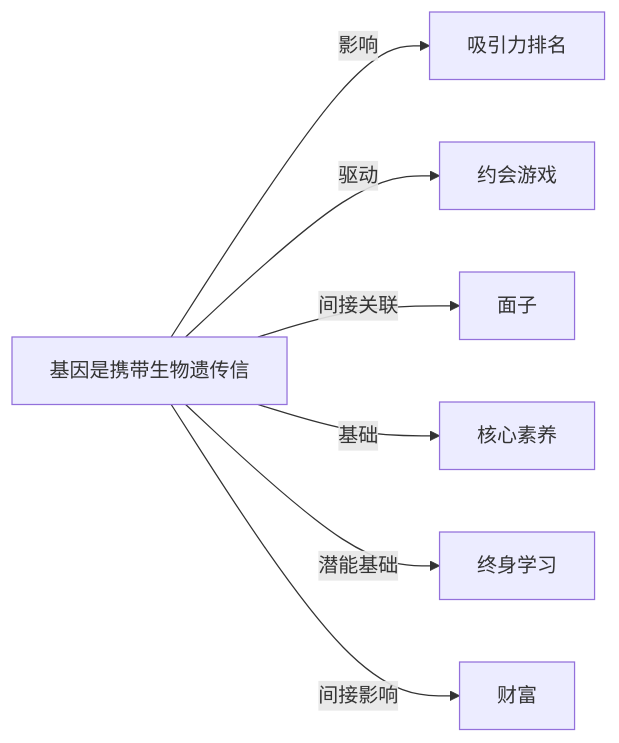
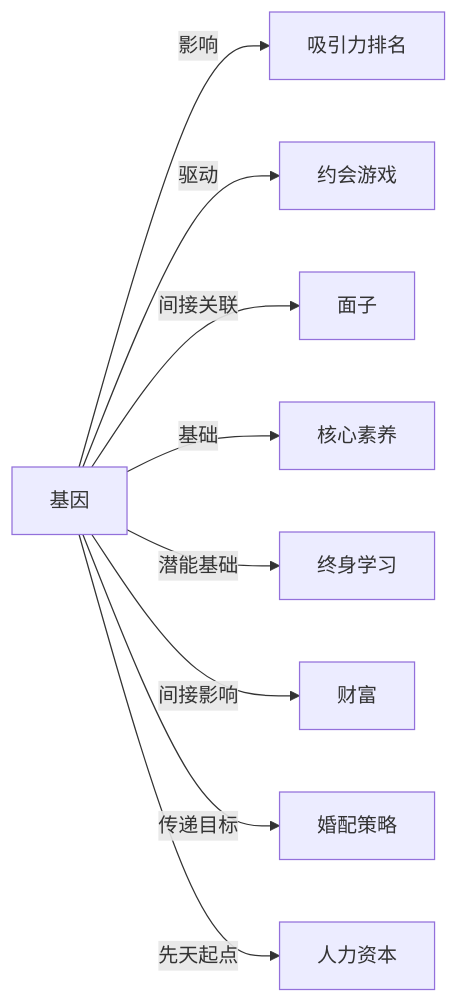
One commit to KIMMCHOW/MyKnowledge changed the diagram in Knowledge/Concepts/生物学/基因.md. Above: the diagram before and after it, drawn with Mermaid. The commit also changed 96 other files, not shown here.

Commit message:
fix: 修复概念页关系图节点并补齐缺失关联

````diff
--- a/Knowledge/Concepts/生物学/基因.md
+++ b/Knowledge/Concepts/生物学/基因.md
@@ -48,9 +48,11 @@
 ```mermaid
 graph LR
-    基因是携带生物遗传信 -->|影响| 吸引力排名
-    基因是携带生物遗传信 -->|驱动| 约会游戏
-    基因是携带生物遗传信 -->|间接关联| 面子
-    基因是携带生物遗传信 -->|基础| 核心素养
-    基因是携带生物遗传信 -->|潜能基础| 终身学习
-    基因是携带生物遗传信 -->|间接影响| 财富
+基因 -->|影响| 吸引力排名
+基因 -->|驱动| 约会游戏
+基因 -->|间接关联| 面子
+基因 -->|基础| 核心素养
+基因 -->|潜能基础| 终身学习
+基因 -->|间接影响| 财富
+基因 -->|传递目标| 婚配策略
+基因 -->|先天起点| 人力资本
 ```
````
